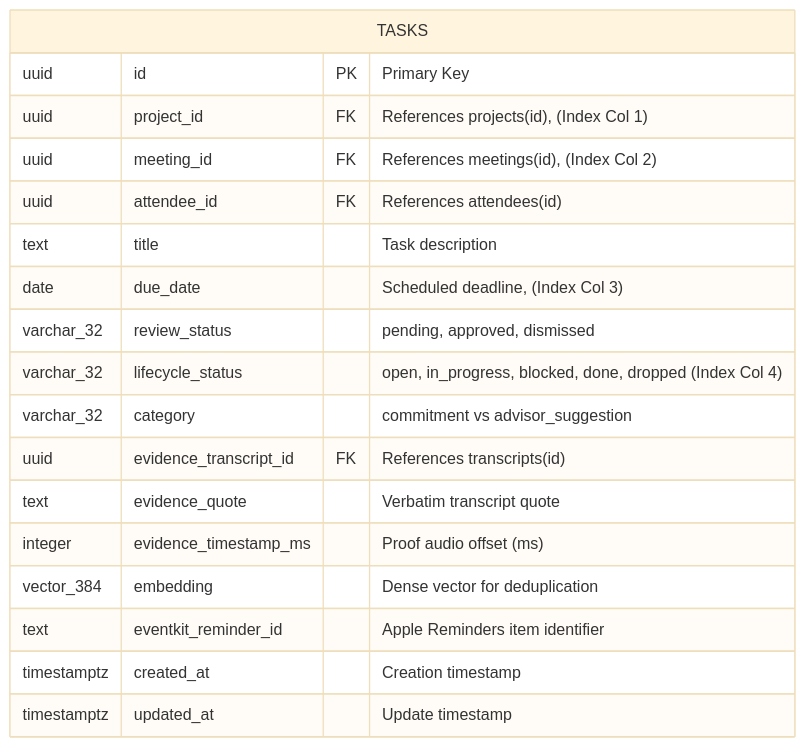
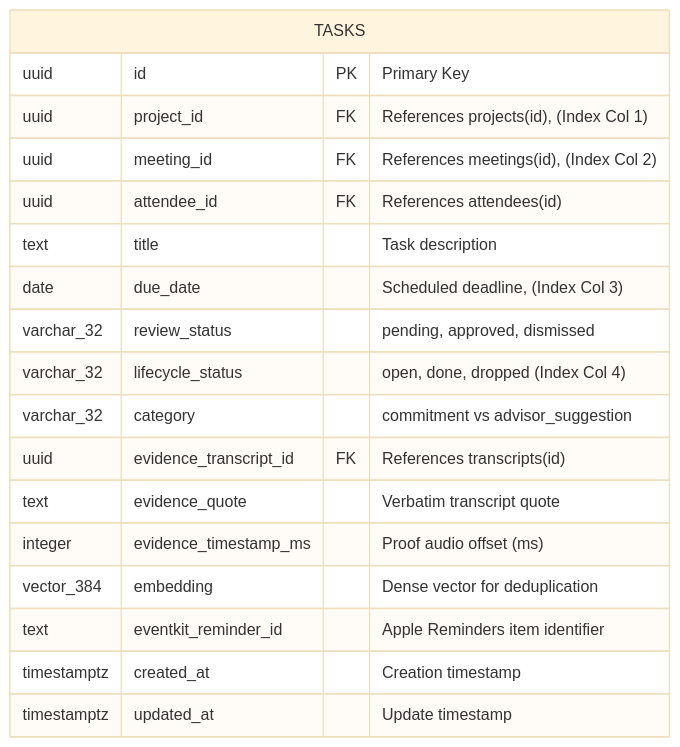
Before and after one commit to BryanDYang/ai-capstone: the ninth of 13 diagrams in docs/writeups/systems/Native Presentation System.md, drawn with Mermaid (base theme). The commit also changed 5 other files, not shown here.

````diff
--- a/docs/writeups/systems/Native Presentation System.md
+++ b/docs/writeups/systems/Native Presentation System.md
@@ -173,21 +173,21 @@
 ```mermaid
 erDiagram
     TASKS {
         uuid id PK "Primary Key"
         uuid project_id FK "References projects(id), (Index Col 1)"
         uuid meeting_id FK "References meetings(id), (Index Col 2)"
         uuid attendee_id FK "References attendees(id)"
         text title "Task description"
         date due_date "Scheduled deadline, (Index Col 3)"
         varchar_32 review_status "pending, approved, dismissed"
-        varchar_32 lifecycle_status "open, in_progress, blocked, done, dropped (Index Col 4)"
+        varchar_32 lifecycle_status "open, done, dropped (Index Col 4)"
         varchar_32 category "commitment vs advisor_suggestion"
         uuid evidence_transcript_id FK "References transcripts(id)"
         text evidence_quote "Verbatim transcript quote"
         integer evidence_timestamp_ms "Proof audio offset (ms)"
         vector_384 embedding "Dense vector for deduplication"
         text eventkit_reminder_id "Apple Reminders item identifier"
         timestamptz created_at "Creation timestamp"
         timestamptz updated_at "Update timestamp"
     }
 ```
````
